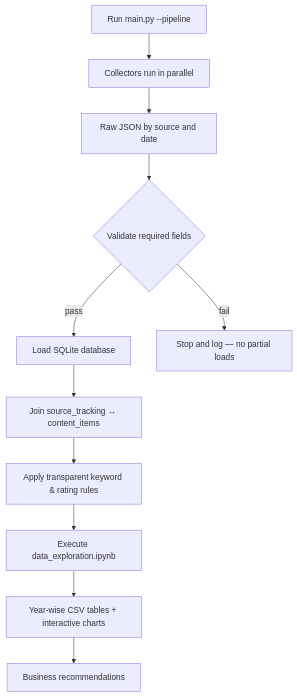
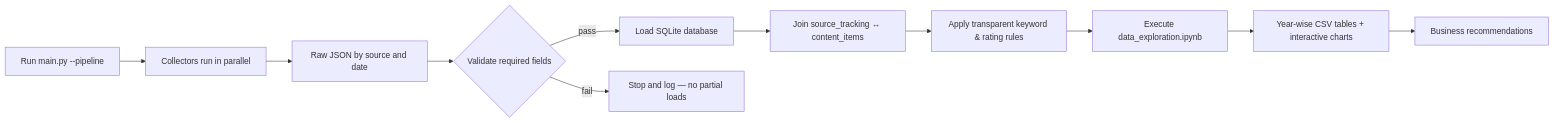
The second of 3 diagrams in README.md (Rishabhvaibhav/zomato-feedback-pipeline), drawn with Mermaid before and after one commit.

````diff
--- a/README.md
+++ b/README.md
@@ -80,13 +80,13 @@
 ```mermaid
-flowchart TD
+flowchart LR
     A[Run main.py --pipeline] --> B[Collectors run in parallel]
     B --> C[Raw JSON by source and date]
     C --> D{Validate required fields}
     D -->|pass| E[Load SQLite database]
     D -->|fail| STOP[Stop and log — no partial loads]
     E --> F[Join source_tracking ↔ content_items]
     F --> G[Apply transparent keyword & rating rules]
     G --> H[Execute data_exploration.ipynb]
     H --> I[Year-wise CSV tables + interactive charts]
     I --> J[Business recommendations]
 ```
````
